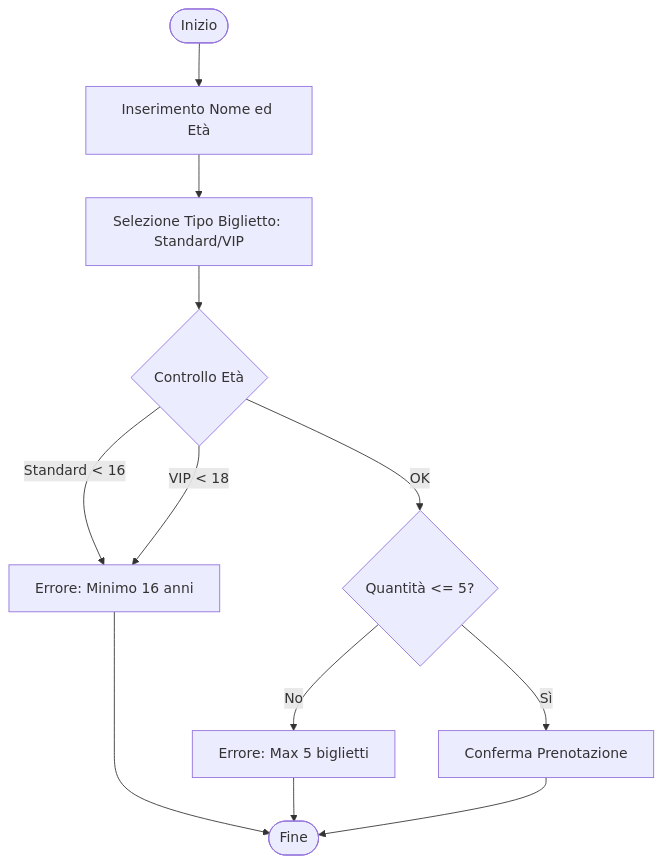
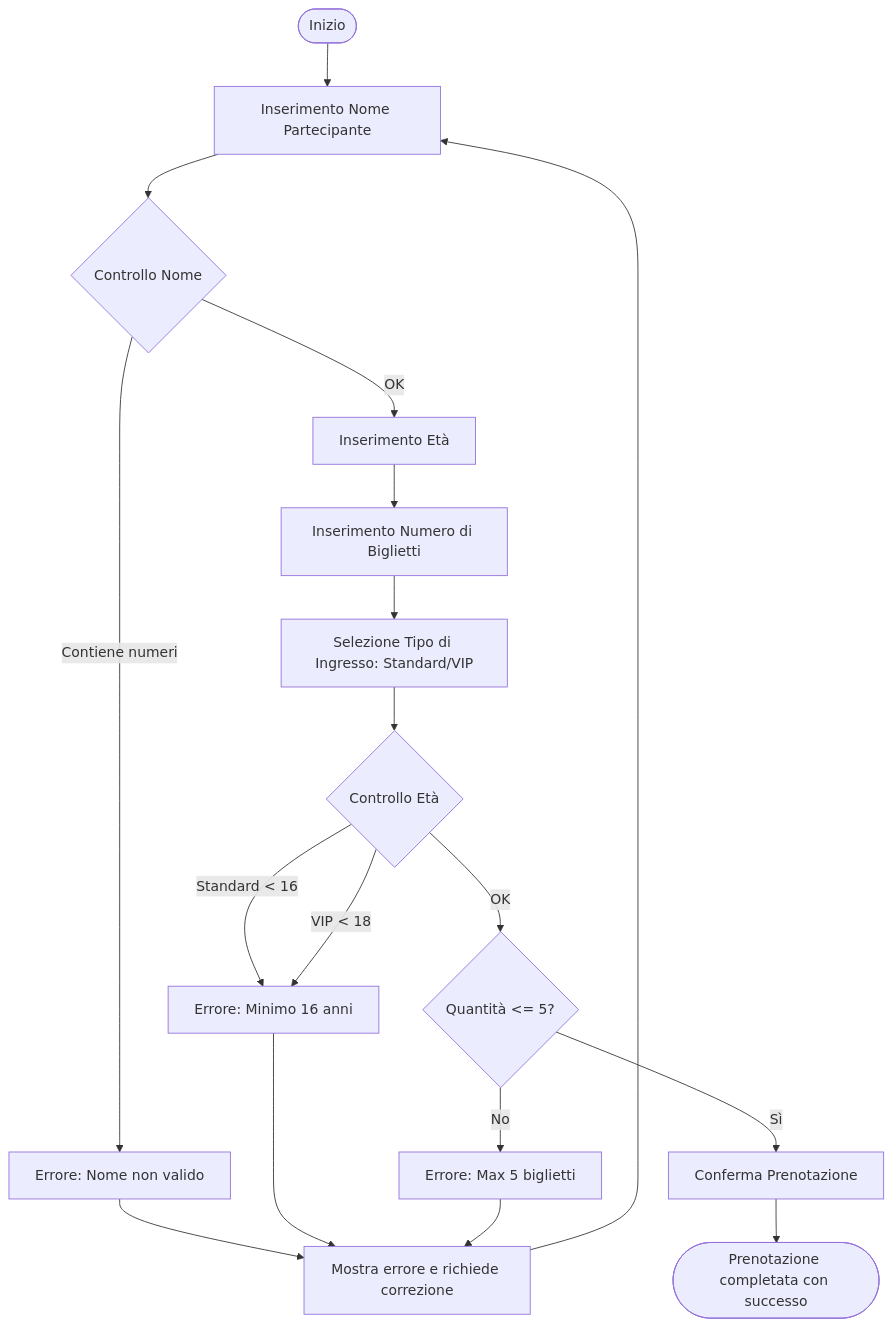
The diagram in Applicativo/DOCUMENTO_ARCHITETTURALE_APP.md (ShadowAngel00/PW_Capozzi_Angelo_146190_56782), drawn with Mermaid before and after one commit. The commit also changed other lines of this file and 9 other files, not shown here.

````diff
--- a/Applicativo/DOCUMENTO_ARCHITETTURALE_APP.md
+++ b/Applicativo/DOCUMENTO_ARCHITETTURALE_APP.md
@@ -9,17 +9,24 @@
 ```mermaid
 flowchart TD
-    Start([Inizio]) --> Input[Inserimento Nome ed Età]
-    Input --> Select[Selezione Tipo Biglietto: Standard/VIP]
-    Select --> CheckAge{Controllo Età}
+    Start([Inizio]) --> InputName[Inserimento Nome Partecipante]
+    InputName --> CheckName{Controllo Nome}
     
-    CheckAge -- Standard < 16 --> Error[Errore: Minimo 16 anni]
-    CheckAge -- VIP < 18 --> Error
+    CheckName -- Contiene numeri --> ErrorName[Errore: Nome non valido]
+    CheckName -- OK --> InputAge[Inserimento Età]
+    InputAge --> InputTickets[Inserimento Numero di Biglietti]
+    InputTickets --> SelectType[Selezione Tipo di Ingresso: Standard/VIP]
+    SelectType --> CheckAge{Controllo Età}
+    
+    CheckAge -- Standard < 16 --> ErrorAge[Errore: Minimo 16 anni]
+    CheckAge -- VIP < 18 --> ErrorAge
     CheckAge -- OK --> CheckTickets{Quantità <= 5?}
     
     CheckTickets -- No --> ErrorTickets[Errore: Max 5 biglietti]
     CheckTickets -- Sì --> Success[Conferma Prenotazione]
     
-    Error --> End([Fine])
-    ErrorTickets --> End
-    Success --> End
+    ErrorName --> Retry[Mostra errore e richiede correzione]
+    ErrorAge --> Retry
+    ErrorTickets --> Retry
+    Retry --> InputName
+    Success --> End([Prenotazione completata con successo])
 ```
````
